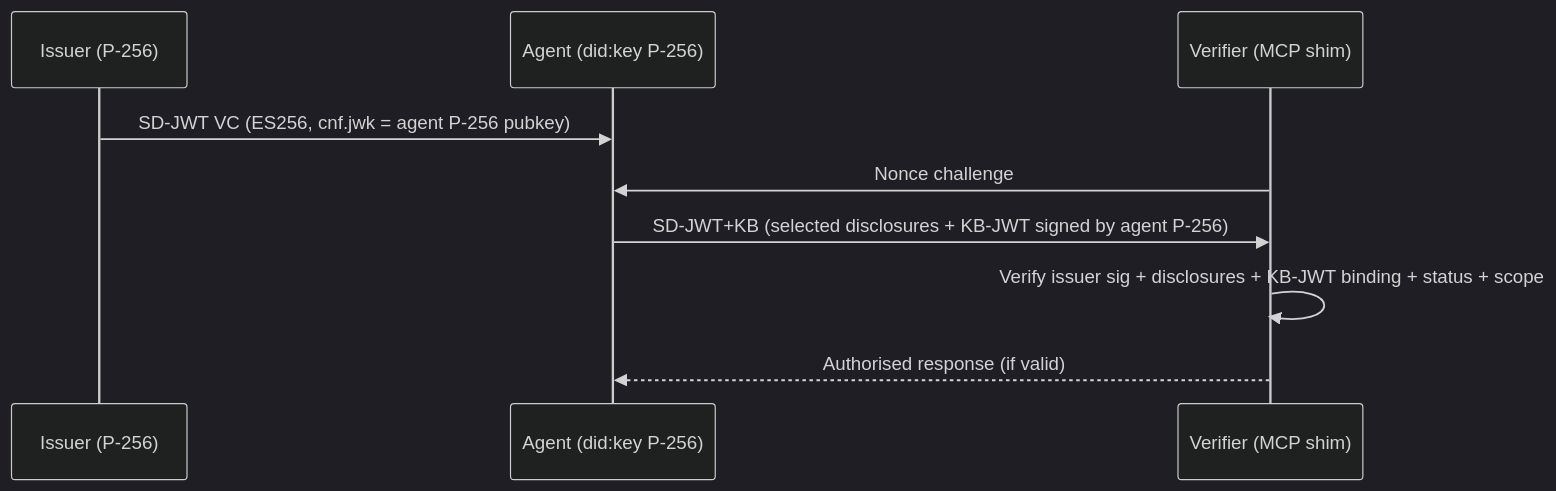
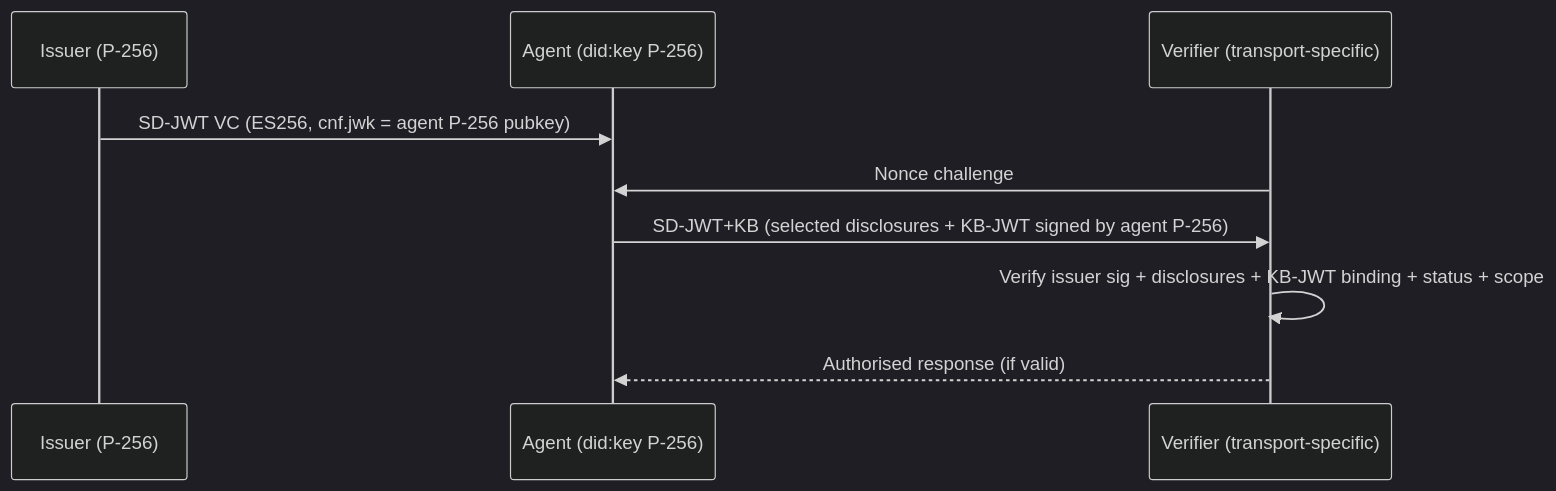
Before and after one commit to UltraQuamfy/I2H2A-spec: the diagram in I2H2A-v0.2-draft.md, drawn with Mermaid (dark theme). The commit also changed other lines of this file and 1 other file, not shown here.

First line of the commit message:
spec: remove vendor/transport specificity, align to open standard

````diff
--- a/I2H2A-v0.2-draft.md
+++ b/I2H2A-v0.2-draft.md
@@ -410,12 +410,12 @@
 ```mermaid
 sequenceDiagram
   participant I as Issuer (P-256)
   participant A as Agent (did:key P-256)
-  participant V as Verifier (MCP shim)
+  participant V as Verifier (transport-specific)
 
   I->>A: SD-JWT VC (ES256, cnf.jwk = agent P-256 pubkey)
   V->>A: Nonce challenge
   A->>V: SD-JWT+KB (selected disclosures + KB-JWT signed by agent P-256)
   V->>V: Verify issuer sig + disclosures + KB-JWT binding + status + scope
   V-->>A: Authorised response (if valid)
 ```
````
